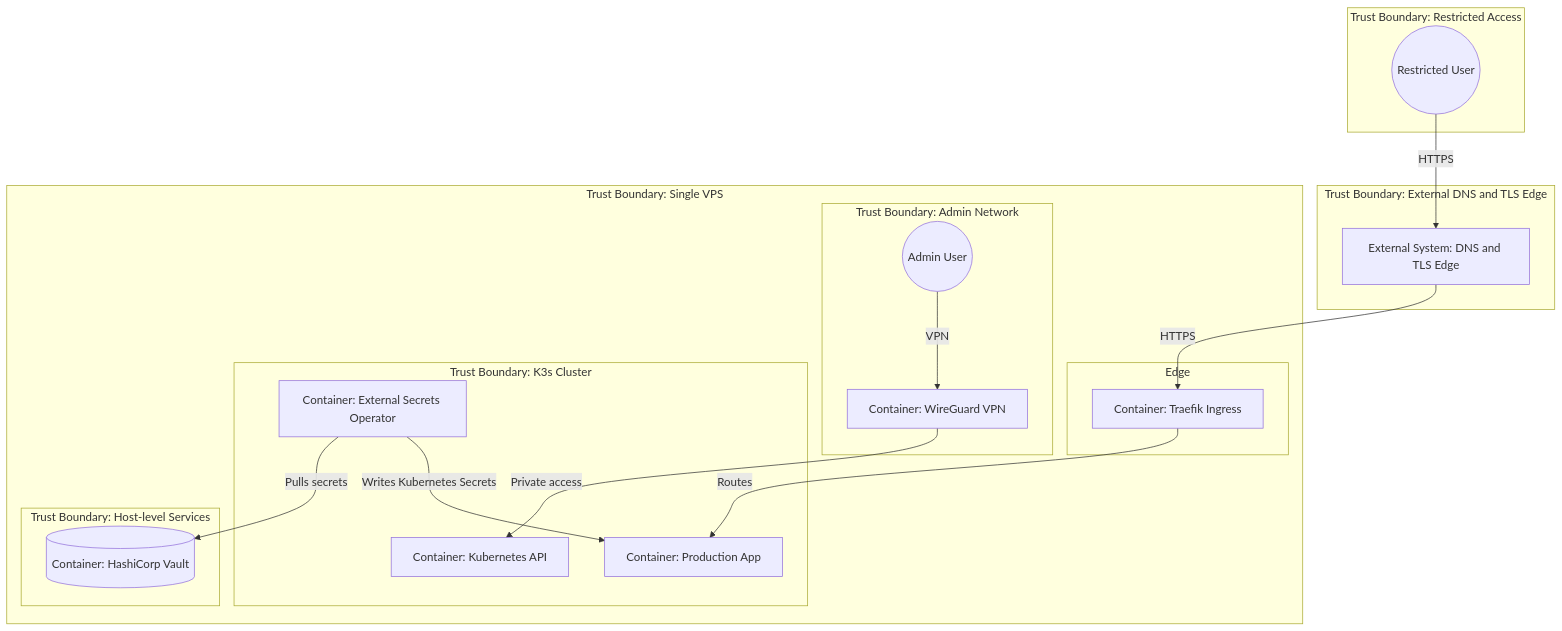
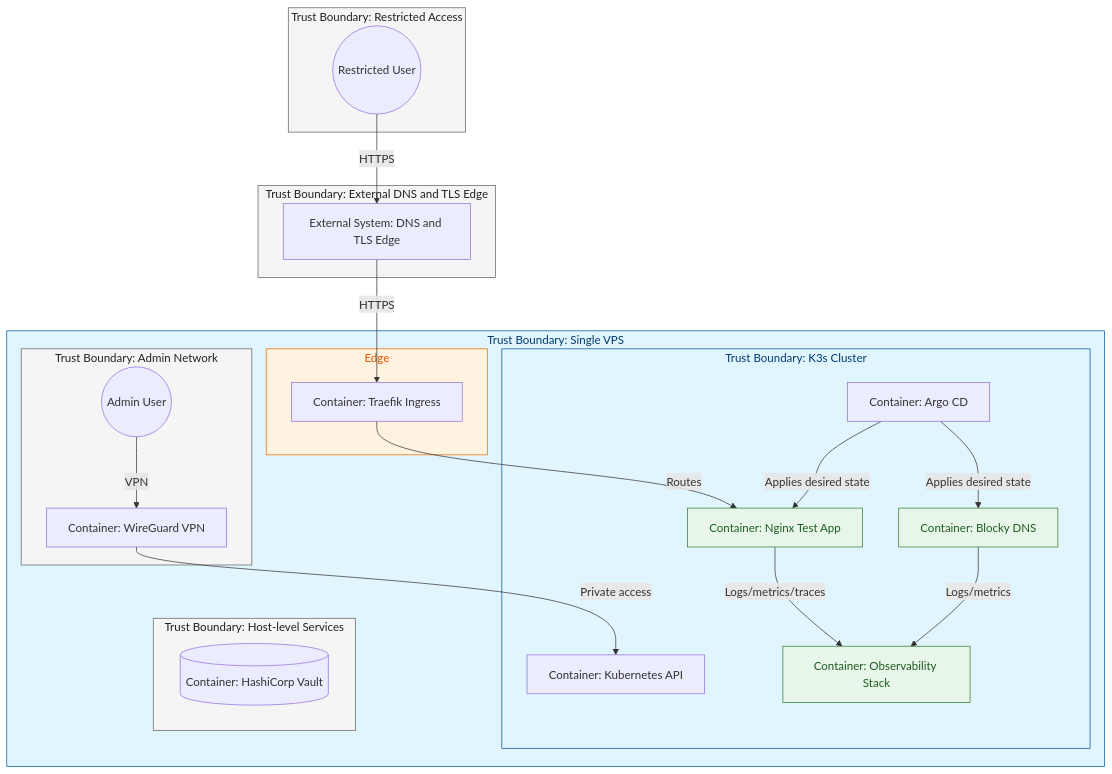
Before and after one commit to FerdinandWohlstein/infrastructure-live: the diagram in docs/security_trust_boundaries.mmd, drawn with Mermaid. The commit also changed 3 other files, not shown here.

Commit message:
Update docs mermaid diagrams to reflect current platform

```diff
--- a/docs/security_trust_boundaries.mmd
+++ b/docs/security_trust_boundaries.mmd
@@ -1,41 +1,55 @@
 graph TB
     %% Trust boundaries - threat-model-lite
 
     subgraph Internet [Trust Boundary: Restricted Access]
         PublicUser((Restricted User))
     end
 
     subgraph DNS_Edge [Trust Boundary: External DNS and TLS Edge]
         DNS[External System: DNS and TLS Edge]
     end
 
     subgraph VPS [Trust Boundary: Single VPS]
         subgraph Edge [Edge]
             Ingress[Container: Traefik Ingress]
         end
 
         subgraph Private_Admin [Trust Boundary: Admin Network]
             WG[Container: WireGuard VPN]
             Admin((Admin User))
         end
 
         subgraph Cluster [Trust Boundary: K3s Cluster]
             API[Container: Kubernetes API]
-            App[Container: Production App]
-            ESO[Container: External Secrets Operator]
+            Argo[Container: Argo CD]
+            App[Container: Nginx Test App]
+            Blocky[Container: Blocky DNS]
+            Obs[Container: Observability Stack]
         end
 
         subgraph Host_Level [Trust Boundary: Host-level Services]
             Vault[(Container: HashiCorp Vault)]
         end
     end
 
     PublicUser -->|HTTPS| DNS
     DNS -->|HTTPS| Ingress
     Ingress -->|Routes| App
 
     Admin -->|VPN| WG
     WG -->|Private access| API
 
-    ESO -->|Pulls secrets| Vault
-    ESO -->|Writes Kubernetes Secrets| App
+    Argo -->|Applies desired state| App
+    Argo -->|Applies desired state| Blocky
+    App -->|Logs/metrics/traces| Obs
+    Blocky -->|Logs/metrics| Obs
+
+    classDef boundary fill:#f5f5f5,stroke:#616161,color:#212121;
+    classDef edge fill:#fff3e0,stroke:#ef6c00,color:#e65100;
+    classDef cluster fill:#e1f5fe,stroke:#01579b,color:#003b6f;
+    classDef runtime fill:#e8f5e9,stroke:#2e7d32,color:#1b5e20;
+
+    class DNS_Edge,Private_Admin,Host_Level,Internet boundary;
+    class Edge edge;
+    class Cluster cluster;
+    class App,Blocky,Obs runtime;
```
